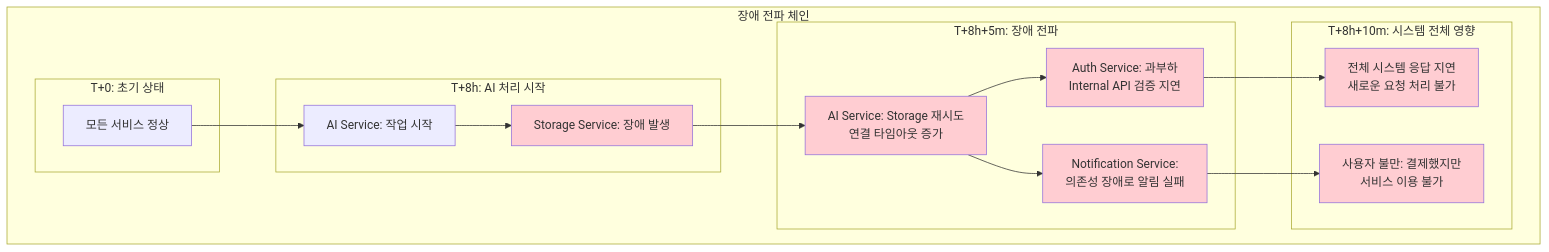
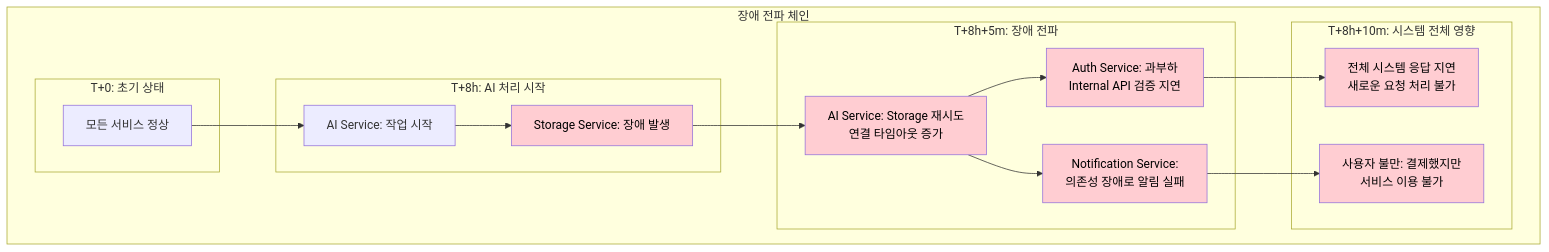
The sixth of 7 diagrams in study/msa-experience/5-mission.md (isinthesky/isinthesky), drawn with Mermaid before and after one commit. The commit also changed other lines of this file and 4 other files, not shown here.

````diff
--- a/study/msa-experience/5-mission.md
+++ b/study/msa-experience/5-mission.md
@@ -196,39 +196,39 @@
 ```mermaid
 graph TB
     subgraph "장애 전파 체인"
         subgraph "T+0: 초기 상태"
             Normal[모든 서비스 정상]
         end
         
         subgraph "T+8h: AI 처리 시작"
             AIStart[AI Service: 작업 시작]
             StorageDown[Storage Service: 장애 발생]
         end
         
         subgraph "T+8h+5m: 장애 전파"
             AIRetry[AI Service: Storage 재시도<br/>연결 타임아웃 증가]
             AuthSlow[Auth Service: 과부하<br/>Internal API 검증 지연]
             NotificationFail[Notification Service:<br/>의존성 장애로 알림 실패]
         end
         
         subgraph "T+8h+10m: 시스템 전체 영향"
             SystemDown[전체 시스템 응답 지연<br/>새로운 요청 처리 불가]
             UserComplaint[사용자 불만: 결제했지만<br/>서비스 이용 불가]
         end
     end
     
     Normal --> AIStart
     AIStart --> StorageDown
     StorageDown --> AIRetry
     AIRetry --> AuthSlow
     AIRetry --> NotificationFail
     AuthSlow --> SystemDown
     NotificationFail --> UserComplaint
     
-    style StorageDown fill:#ffcdd2
-    style AIRetry fill:#ffcdd2
-    style AuthSlow fill:#ffcdd2
-    style NotificationFail fill:#ffcdd2
-    style SystemDown fill:#ffcdd2
-    style UserComplaint fill:#ffcdd2
+    style StorageDown fill:#ffcdd2,color:#000
+    style AIRetry fill:#ffcdd2,color:#000
+    style AuthSlow fill:#ffcdd2,color:#000
+    style NotificationFail fill:#ffcdd2,color:#000
+    style SystemDown fill:#ffcdd2,color:#000
+    style UserComplaint fill:#ffcdd2,color:#000
 ```
````
